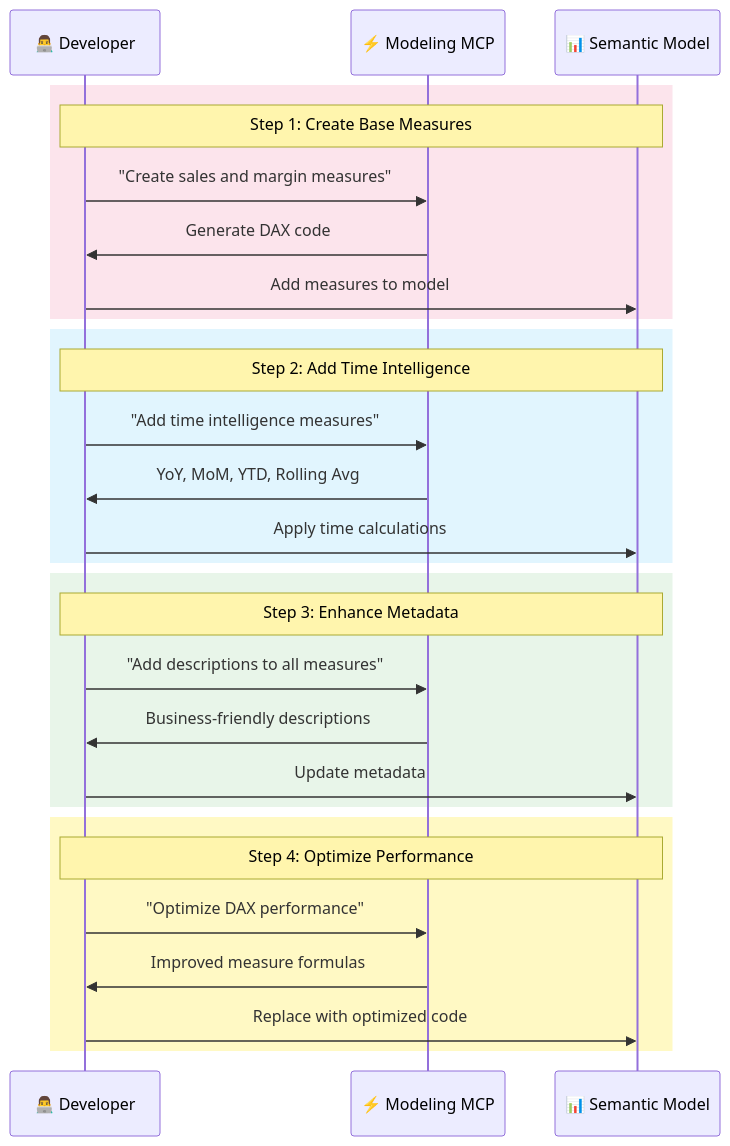
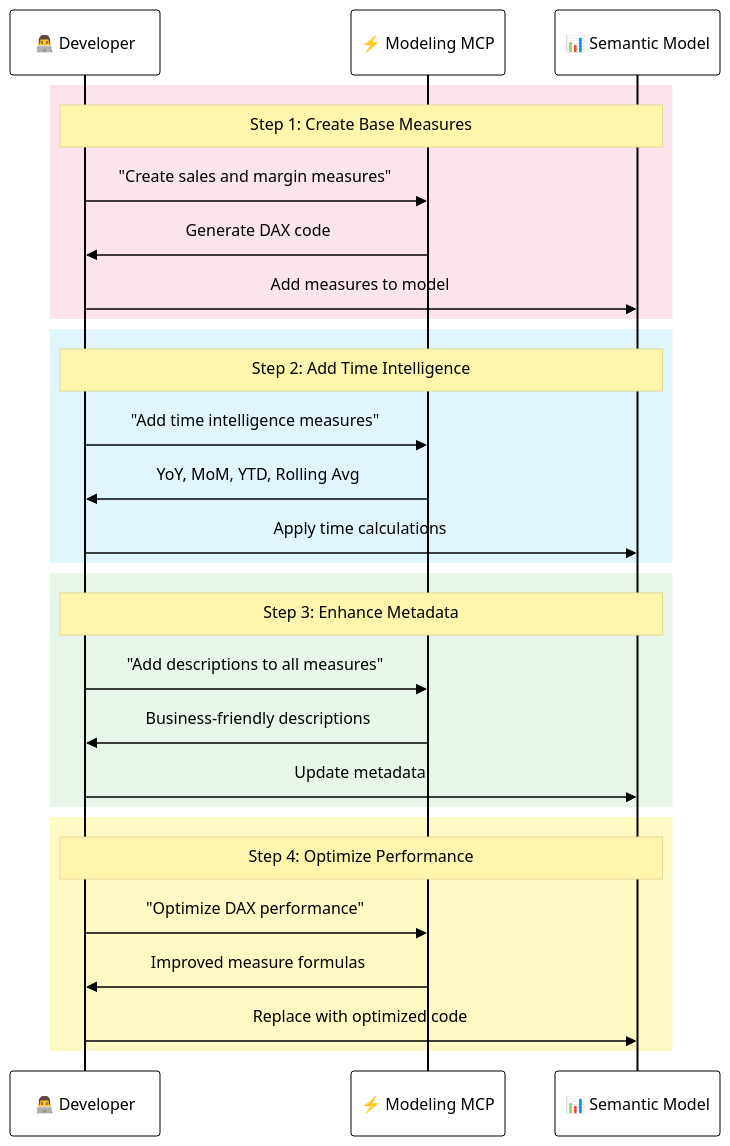
One commit to shantha05/2026-SQL-Saturday-Atlanta-AI-BI-PreCon changed the third of 6 diagrams in 02-Architecture/Lab-03-Architecture.md. Above: the diagram before and after it, drawn with Mermaid. The commit also changed other lines of this file and 2 other files, not shown here.

Commit message:
Updated font color to black in sequence diagrams

````diff
--- a/02-Architecture/Lab-03-Architecture.md
+++ b/02-Architecture/Lab-03-Architecture.md
@@ -140,34 +140,35 @@
 ```mermaid
+%%{init: {'theme':'base', 'themeVariables': {'primaryTextColor':'#000000', 'primaryColor':'#fff', 'primaryBorderColor':'#000', 'lineColor':'#000', 'secondaryColor':'#f4f4f4', 'tertiaryColor':'#fff', 'noteTextColor':'#000000', 'noteBkgColor':'#fff5ad', 'actorTextColor':'#000000', 'labelTextColor':'#000000'}}}%%
 sequenceDiagram
     participant Dev as 👨‍💻 Developer
     participant MCP as ⚡ Modeling MCP
     participant Model as 📊 Semantic Model
     
     rect rgb(252, 228, 236)
         Note over Dev,Model: Step 1: Create Base Measures
         Dev->>MCP: "Create sales and margin measures"
         MCP->>Dev: Generate DAX code
         Dev->>Model: Add measures to model
     end
     
     rect rgb(225, 245, 254)
         Note over Dev,Model: Step 2: Add Time Intelligence
         Dev->>MCP: "Add time intelligence measures"
         MCP->>Dev: YoY, MoM, YTD, Rolling Avg
         Dev->>Model: Apply time calculations
     end
     
     rect rgb(232, 245, 233)
         Note over Dev,Model: Step 3: Enhance Metadata
         Dev->>MCP: "Add descriptions to all measures"
         MCP->>Dev: Business-friendly descriptions
         Dev->>Model: Update metadata
     end
     
     rect rgb(255, 249, 196)
         Note over Dev,Model: Step 4: Optimize Performance
         Dev->>MCP: "Optimize DAX performance"
         MCP->>Dev: Improved measure formulas
         Dev->>Model: Replace with optimized code
     end
 ```
````
